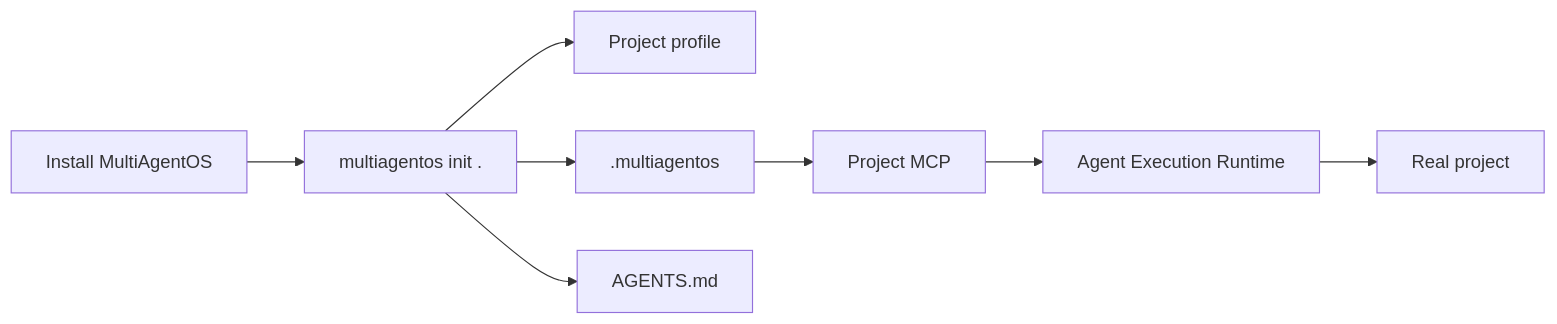
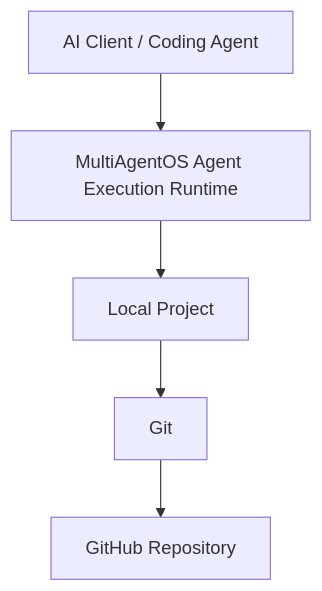
Before and after one commit to eaglesjo/MultiAgentOS: the seventh of 7 diagrams in README.md, drawn with Mermaid. The commit also changed other lines of this file, not shown here.

Commit message:
docs: refresh README for 0.5.0 architecture

````diff
--- a/README.md
+++ b/README.md
@@ -396,10 +232,7 @@
-```mermaid
-flowchart LR
-    INSTALL["Install MultiAgentOS"] --> INIT["multiagentos init ."]
-    INIT --> PROFILE["Project profile"]
-    INIT --> CONFIG[".multiagentos"]
-    INIT --> AGENTS["AGENTS.md"]
-    CONFIG --> MCP["Project MCP"]
-    MCP --> RUNTIME["Agent Execution Runtime"]
-    RUNTIME --> PROJECT["Real project"]
-```
+~~~mermaid
+flowchart TB
+    CLIENT["AI Client / Coding Agent"] --> RUNTIME["MultiAgentOS Agent Execution Runtime"]
+    RUNTIME --> PROJECT["Local Project"]
+    PROJECT --> GIT["Git"]
+    GIT --> GITHUB["GitHub Repository"]
+~~~
````
